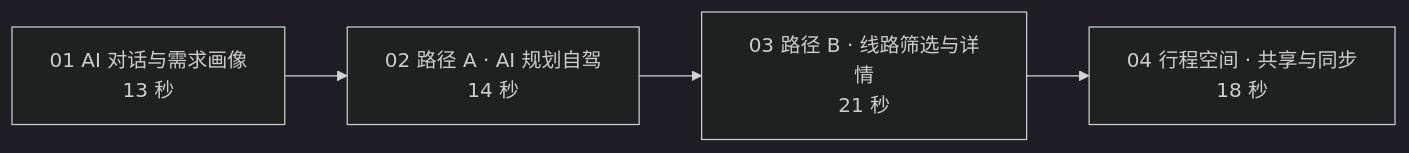
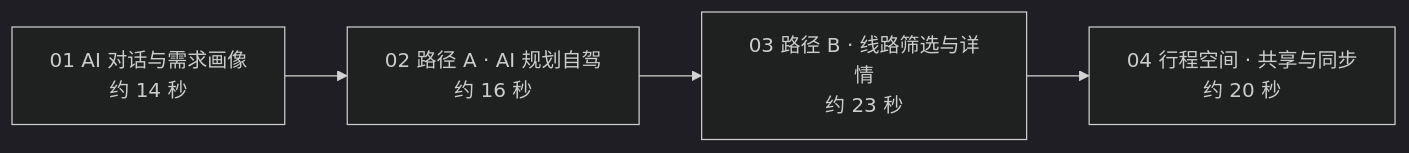
One commit to JohnMaxwell0123/TripCraft changed the third of 6 diagrams in docs/SHOWCASE-web-design.md. Above: the diagram before and after it, drawn with Mermaid (dark theme). The commit also changed other lines of this file and 4 other files, not shown here.

````diff
--- a/docs/SHOWCASE-web-design.md
+++ b/docs/SHOWCASE-web-design.md
@@ -183,4 +211,4 @@
 ```mermaid
 flowchart LR
-    S1["01 AI 对话与需求画像<br/>13 秒"] --> S2["02 路径 A · AI 规划自驾<br/>14 秒"] --> S3["03 路径 B · 线路筛选与详情<br/>21 秒"] --> S4["04 行程空间 · 共享与同步<br/>18 秒"]
+    S1["01 AI 对话与需求画像<br/>约 14 秒"] --> S2["02 路径 A · AI 规划自驾<br/>约 16 秒"] --> S3["03 路径 B · 线路筛选与详情<br/>约 23 秒"] --> S4["04 行程空间 · 共享与同步<br/>约 20 秒"]
 ```
````
